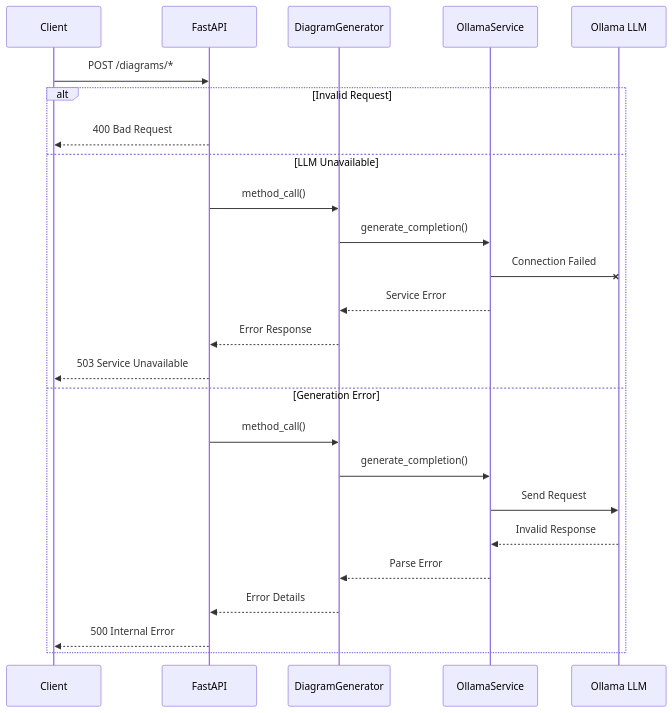
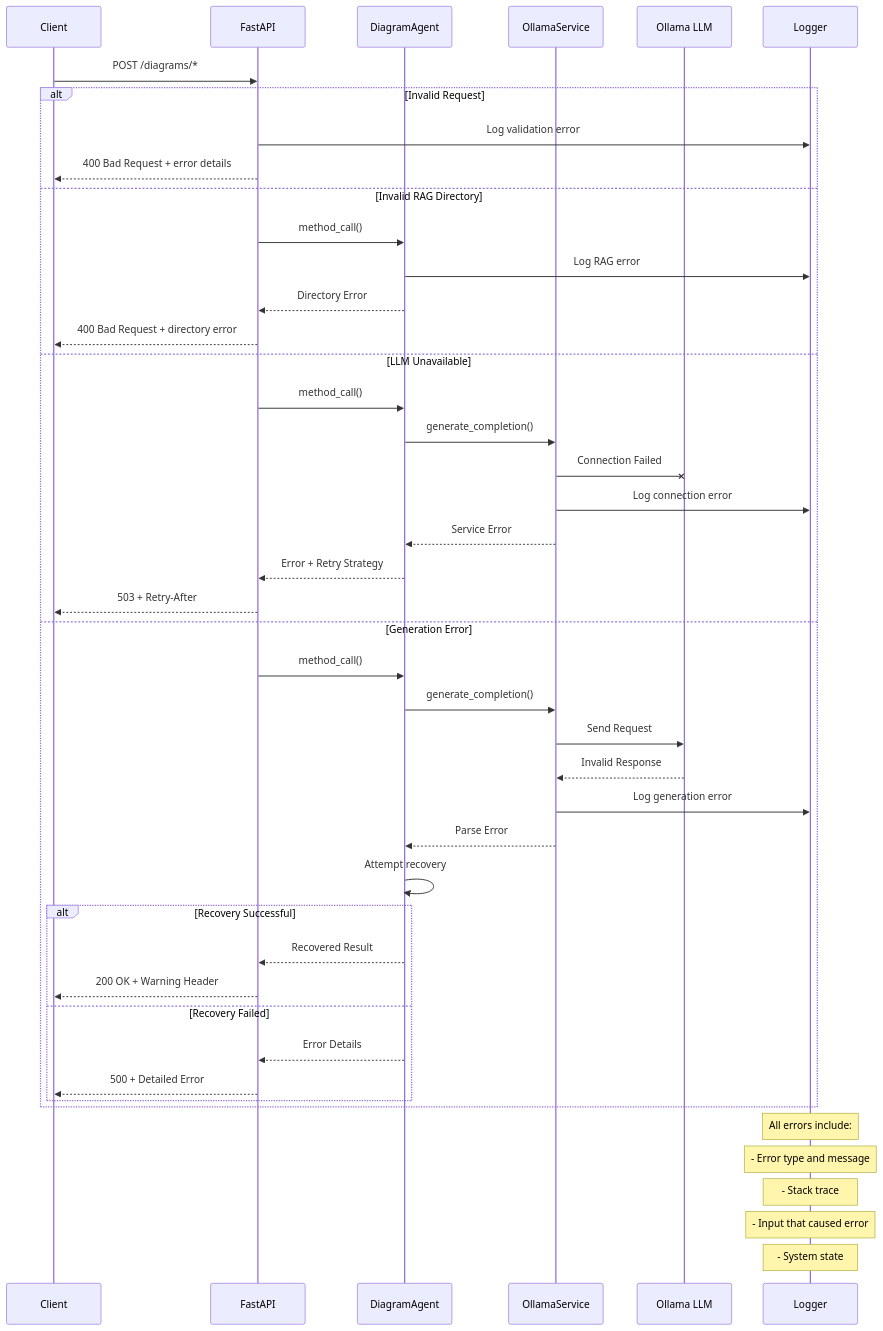
The fifth of 5 diagrams in docs/diagrams/sequence-flow.md (minimalefforttech/diagram_generator), drawn with Mermaid before and after one commit. The commit also changed other lines of this file and 11 other files, not shown here.

````diff
--- a/docs/diagrams/sequence-flow.md
+++ b/docs/diagrams/sequence-flow.md
@@ -89,29 +143,50 @@
 ```mermaid
 sequenceDiagram
     participant Client
     participant API as FastAPI
-    participant DG as DiagramGenerator
+    participant DA as DiagramAgent
     participant OS as OllamaService
     participant LLM as Ollama LLM
+    participant Logger
 
     Client->>API: POST /diagrams/*
     
     alt Invalid Request
-        API-->>Client: 400 Bad Request
+        API->>Logger: Log validation error
+        API-->>Client: 400 Bad Request + error details
+    else Invalid RAG Directory
+        API->>DA: method_call()
+        DA->>Logger: Log RAG error
+        DA-->>API: Directory Error
+        API-->>Client: 400 Bad Request + directory error
     else LLM Unavailable
-        API->>DG: method_call()
-        DG->>OS: generate_completion()
+        API->>DA: method_call()
+        DA->>OS: generate_completion()
         OS-xLLM: Connection Failed
-        OS-->>DG: Service Error
-        DG-->>API: Error Response
-        API-->>Client: 503 Service Unavailable
+        OS->>Logger: Log connection error
+        OS-->>DA: Service Error
+        DA-->>API: Error + Retry Strategy
+        API-->>Client: 503 + Retry-After
     else Generation Error
-        API->>DG: method_call()
-        DG->>OS: generate_completion()
+        API->>DA: method_call()
+        DA->>OS: generate_completion()
         OS->>LLM: Send Request
         LLM-->>OS: Invalid Response
-        OS-->>DG: Parse Error
-        DG-->>API: Error Details
-        API-->>Client: 500 Internal Error
+        OS->>Logger: Log generation error
+        OS-->>DA: Parse Error
+        DA->>DA: Attempt recovery
+        alt Recovery Successful
+            DA-->>API: Recovered Result
+            API-->>Client: 200 OK + Warning Header
+        else Recovery Failed
+            DA-->>API: Error Details
+            API-->>Client: 500 + Detailed Error
+        end
     end
+
+    Note over Logger: All errors include:
+    Note over Logger: - Error type and message
+    Note over Logger: - Stack trace
+    Note over Logger: - Input that caused error
+    Note over Logger: - System state
 ```
````
